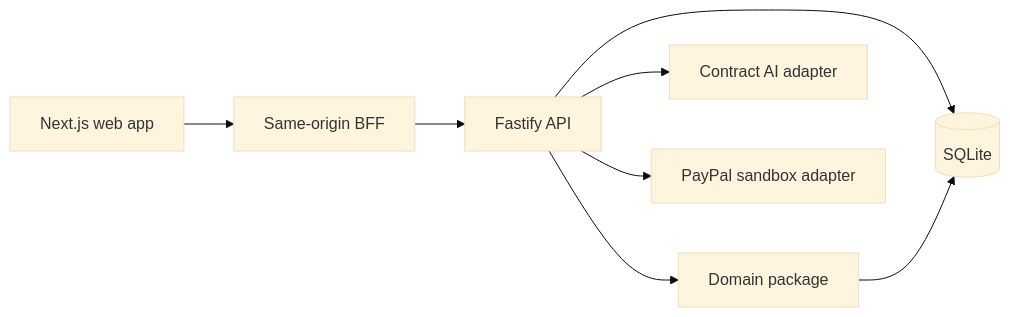
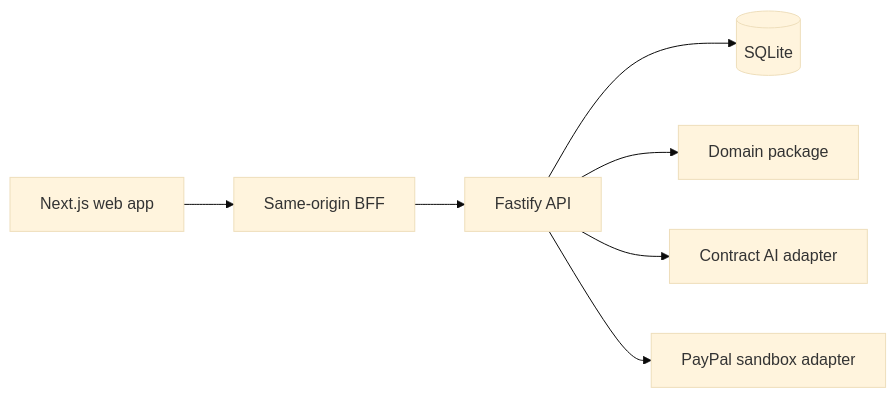
The diagram in docs/ARCHITECTURE.md (uncoooloj/fairshare), drawn with Mermaid (base theme) before and after one commit. The commit also changed 3 other files, not shown here.

````diff
--- a/docs/ARCHITECTURE.md
+++ b/docs/ARCHITECTURE.md
@@ -5,10 +5,9 @@
 ```mermaid
 flowchart LR
   Web[Next.js web app] --> BFF[Same-origin BFF]
   BFF --> API[Fastify API]
   API --> Store[(SQLite)]
   API --> Domain[Domain package]
   API --> AI[Contract AI adapter]
   API --> PayPal[PayPal sandbox adapter]
-  Domain --> Store
 ```
````
